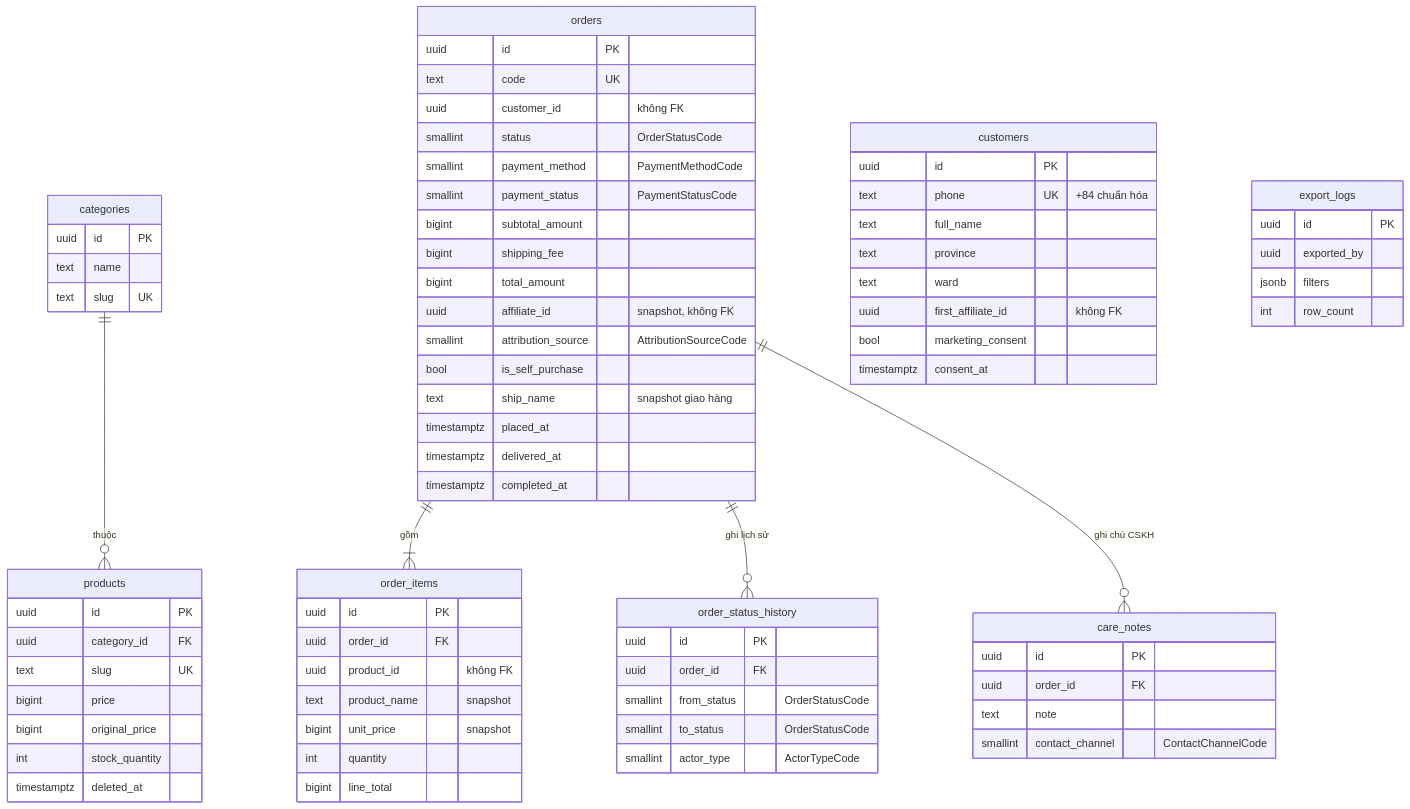
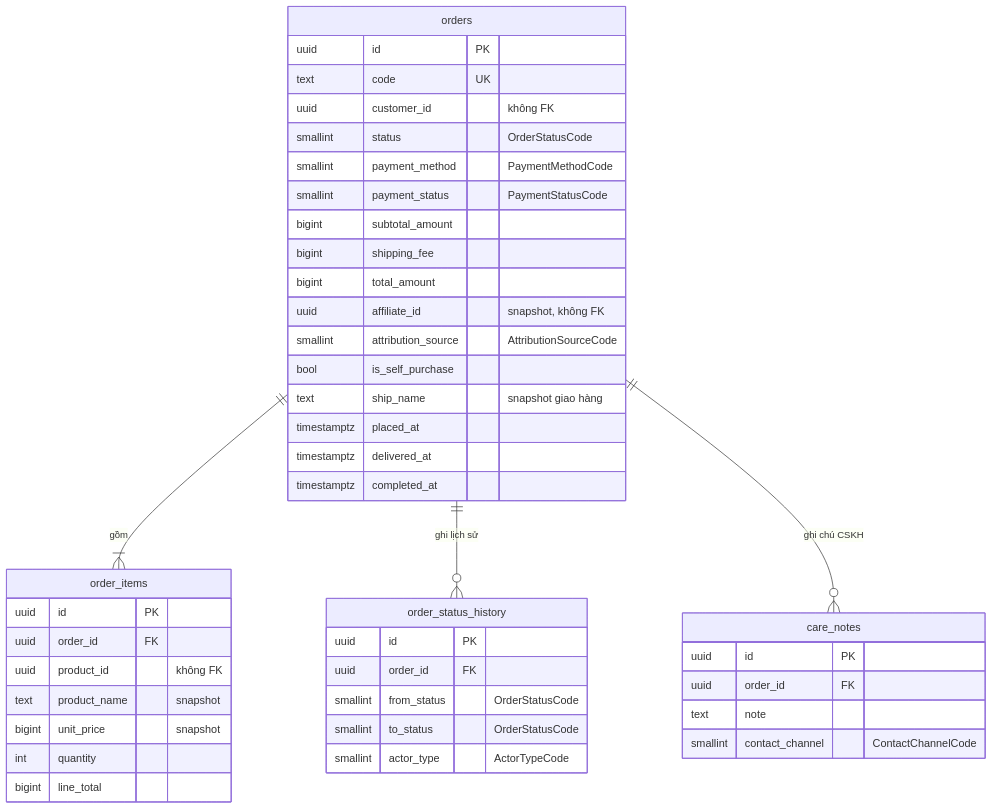
The fifth of 6 diagrams in BE/docs/database.md (Vietnguyen203/PhucViFood), drawn with Mermaid before and after one commit. The commit also changed other lines of this file and 37 other files, not shown here.

````diff
--- a/BE/docs/database.md
+++ b/BE/docs/database.md
@@ -116,78 +161,47 @@
 ```mermaid
 erDiagram
-  categories ||--o{ products : "thuộc"
   orders ||--|{ order_items : "gồm"
   orders ||--o{ order_status_history : "ghi lịch sử"
   orders ||--o{ care_notes : "ghi chú CSKH"
 
-  categories {
-    uuid id PK
-    text name
-    text slug UK
-  }
-  products {
-    uuid id PK
-    uuid category_id FK
-    text slug UK
-    bigint price
-    bigint original_price
-    int stock_quantity
-    timestamptz deleted_at
-  }
-  customers {
-    uuid id PK
-    text phone UK "+84 chuẩn hóa"
-    text full_name
-    text province
-    text ward
-    uuid first_affiliate_id "không FK"
-    bool marketing_consent
-    timestamptz consent_at
-  }
-  export_logs {
-    uuid id PK
-    uuid exported_by
-    jsonb filters
-    int row_count
-  }
   orders {
     uuid id PK
     text code UK
     uuid customer_id "không FK"
     smallint status "OrderStatusCode"
     smallint payment_method "PaymentMethodCode"
     smallint payment_status "PaymentStatusCode"
     bigint subtotal_amount
     bigint shipping_fee
     bigint total_amount
     uuid affiliate_id "snapshot, không FK"
     smallint attribution_source "AttributionSourceCode"
     bool is_self_purchase
     text ship_name "snapshot giao hàng"
     timestamptz placed_at
     timestamptz delivered_at
     timestamptz completed_at
   }
   order_items {
     uuid id PK
     uuid order_id FK
     uuid product_id "không FK"
     text product_name "snapshot"
     bigint unit_price "snapshot"
     int quantity
     bigint line_total
   }
   order_status_history {
     uuid id PK
     uuid order_id FK
     smallint from_status "OrderStatusCode"
     smallint to_status "OrderStatusCode"
     smallint actor_type "ActorTypeCode"
   }
   care_notes {
     uuid id PK
     uuid order_id FK
     text note
     smallint contact_channel "ContactChannelCode"
   }
 ```
````
